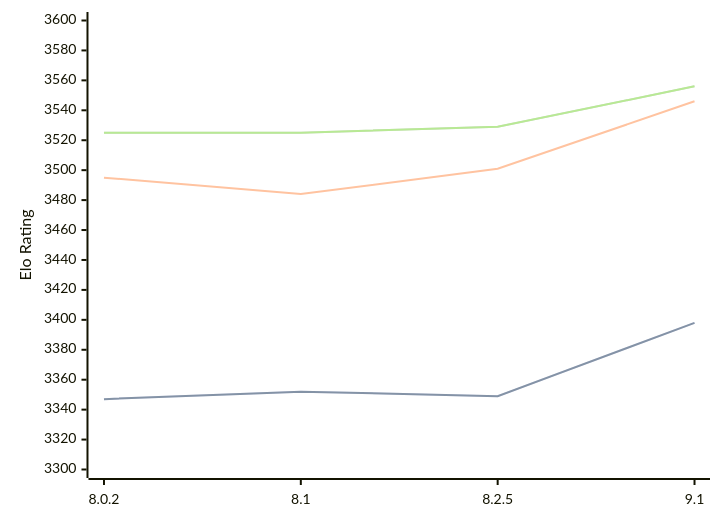
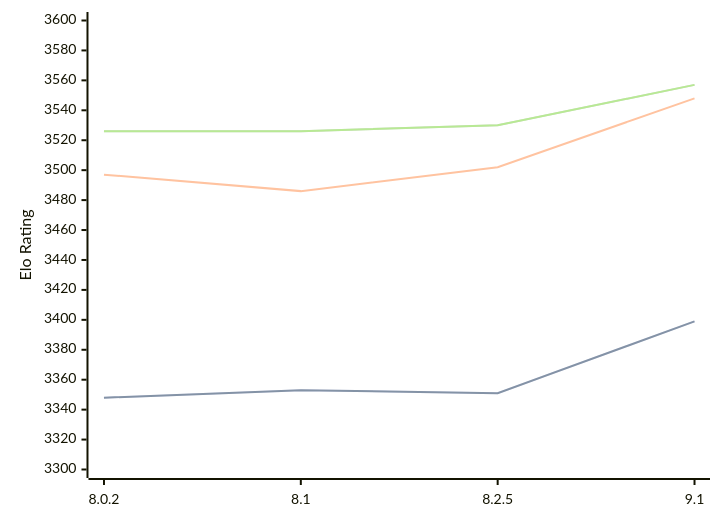
One commit to computer-chess-index/cci changed the diagram in engines/Clover.md. Above: the diagram before and after it, drawn with Mermaid. The commit also changed other lines of this file, not shown here.

Commit message:
Update CCI Ratings (ELO VLTC) - 2026-10-09

````diff
--- a/engines/Clover.md
+++ b/engines/Clover.md
@@ -35,11 +35,11 @@
 ```mermaid
 %%{init: {"theme":"base","themeVariables":{"seriesColors:['#a3a3a3','#222221','#faa371']}}}%%
 xychart-beta
   x-axis ["8.0.2", "8.1", "8.2.5", "9.1"]
   y-axis "Elo Rating" 3300 --> 3600
-  line "" [3347, 3352, 3349, 3398]
-  line "STC (8.0+0.08s)" [3347, 3352, 3349, 3398]
-  line "LTC (60.0+0.60s)" [3495, 3484, 3501, 3546]
-  line "" [3525, 3525, 3529, 3556]
-  line "VLTC (2m24s+1.12s)" [3525, 3525, 3529, 3556]
+  line "" [3348, 3353, 3351, 3399]
+  line "STC (8.0+0.08s)" [3348, 3353, 3351, 3399]
+  line "LTC (60.0+0.60s)" [3497, 3486, 3502, 3548]
+  line "" [3526, 3526, 3530, 3557]
+  line "VLTC (2m24s+1.12s)" [3526, 3526, 3530, 3557]
 ```
````
